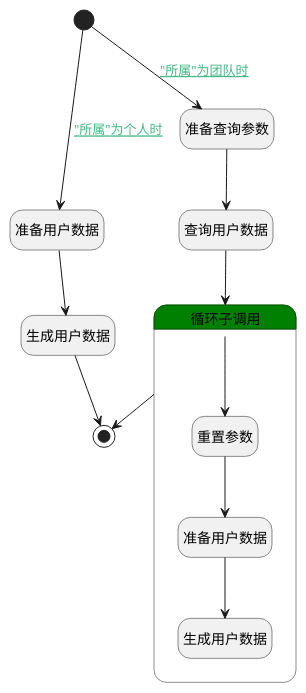
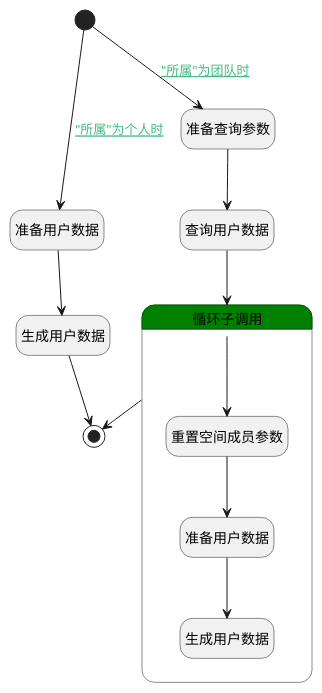
Before and after one commit to iBizLab/plm: the diagram in doc/docsify/module/Wiki/space/logic/auto_create_members.md, drawn with PlantUML. The commit also changed other lines of this file and 1778 other files, not shown here.

````diff
--- a/doc/docsify/module/Wiki/space/logic/auto_create_members.md
+++ b/doc/docsify/module/Wiki/space/logic/auto_create_members.md
@@ -7,37 +7,37 @@
 ```plantuml
 @startuml
 hide empty description
 <style>
 root {
   HyperlinkColor #42b983
 }
 </style>
 
 hide empty description
 state "开始" as Begin <<start>> [[$./auto_create_members#begin {"开始"}]]
 state "准备用户数据" as PREPAREPARAM3  [[$./auto_create_members#prepareparam3 {"准备用户数据"}]]
 state "准备查询参数" as PREPAREPARAM2  [[$./auto_create_members#prepareparam2 {"准备查询参数"}]]
 state "生成用户数据" as DEACTION2  [[$./auto_create_members#deaction2 {"生成用户数据"}]]
 state "查询用户数据" as DEDATASET1  [[$./auto_create_members#dedataset1 {"查询用户数据"}]]
 state "结束" as END1 <<end>> [[$./auto_create_members#end1 {"结束"}]]
 state "循环子调用" as LOOPSUBCALL1  [[$./auto_create_members#loopsubcall1 {"循环子调用"}]] #green {
-state "重置参数" as RESETPARAM1  [[$./auto_create_members#resetparam1 {"重置参数"}]]
+state "重置空间成员参数" as RESETPARAM1  [[$./auto_create_members#resetparam1 {"重置空间成员参数"}]]
 state "准备用户数据" as PREPAREPARAM4  [[$./auto_create_members#prepareparam4 {"准备用户数据"}]]
 state "生成用户数据" as DEACTION3  [[$./auto_create_members#deaction3 {"生成用户数据"}]]
 }
 
 
 Begin --> PREPAREPARAM3 : [[$./auto_create_members#begin-prepareparam3{"所属"为个人时} "所属"为个人时]]
 PREPAREPARAM3 --> DEACTION2
 DEACTION2 --> END1
 Begin --> PREPAREPARAM2 : [[$./auto_create_members#begin-prepareparam2{"所属"为团队时} "所属"为团队时]]
 PREPAREPARAM2 --> DEDATASET1
 DEDATASET1 --> LOOPSUBCALL1
 LOOPSUBCALL1 --> RESETPARAM1
 RESETPARAM1 --> PREPAREPARAM4
 PREPAREPARAM4 --> DEACTION3
 LOOPSUBCALL1 --> END1
 
 
 @enduml
 ```
````
